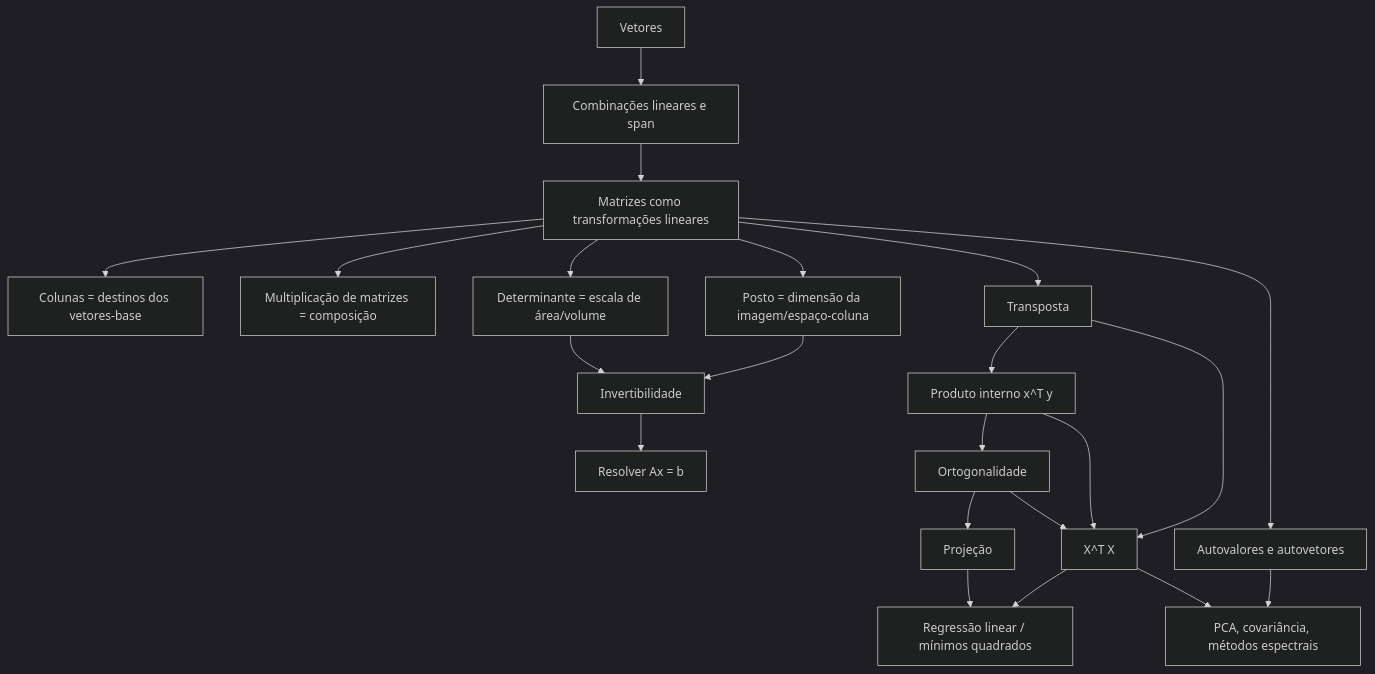
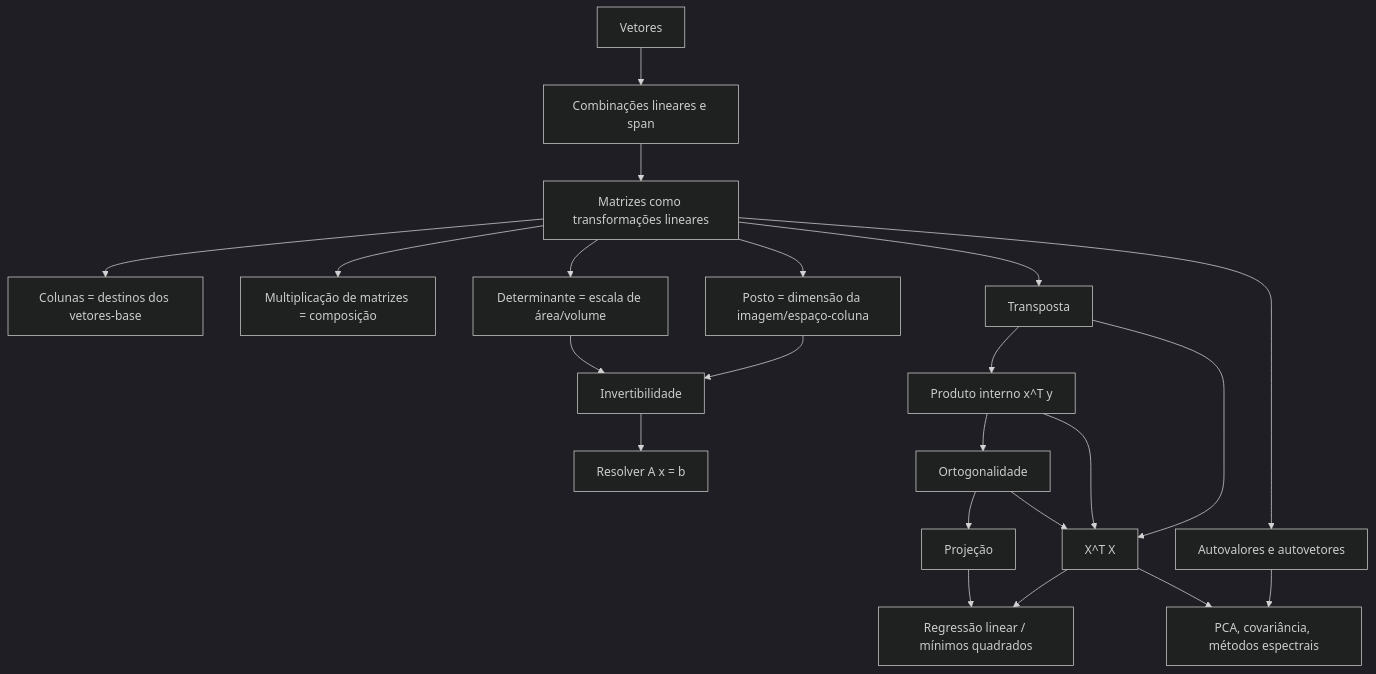
The first of 9 diagrams in algebralinear/RESUMO.MD (GabrielFerreiraAbel/Math-to-models), drawn with Mermaid (dark theme) before and after one commit. The commit also changed other lines of this file, not shown here.

````diff
--- a/algebralinear/RESUMO.MD
+++ b/algebralinear/RESUMO.MD
@@ -24,24 +24,24 @@
 ```mermaid
 flowchart TD
     A[Vetores] --> B[Combinações lineares e span]
     B --> C[Matrizes como transformações lineares]
     C --> D[Colunas = destinos dos vetores-base]
     C --> E[Multiplicação de matrizes = composição]
     C --> F[Determinante = escala de área/volume]
     C --> G[Posto = dimensão da imagem/espaço-coluna]
     F --> H[Invertibilidade]
     G --> H
-    H --> I[Resolver Ax = b]
+    H --> I["Resolver A x = b"]
     C --> J[Transposta]
-    J --> K[Produto interno x^T y]
+    J --> K["Produto interno x^T y"]
     K --> L[Ortogonalidade]
     L --> M[Projeção]
     M --> N[Regressão linear / mínimos quadrados]
-    J --> O[X^T X]
+    J --> O["X^T X"]
     K --> O
     L --> O
     O --> N
     C --> P[Autovalores e autovetores]
     P --> Q[PCA, covariância, métodos espectrais]
     O --> Q
 ```
````
